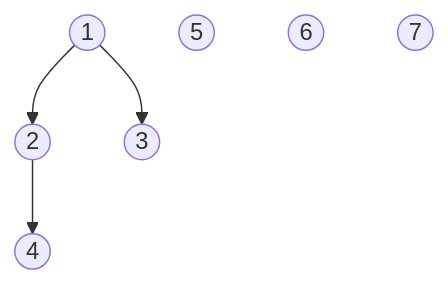
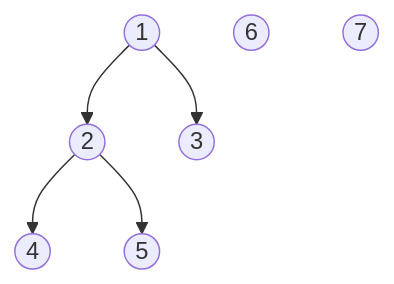
One commit to boddaert/nsi changed the diagram in terminale/Structures_arborescentes_de_données/Arbres_binaires.md. Above: the diagram before and after it, drawn with Mermaid.

````diff
--- a/terminale/Structures_arborescentes_de_données/Arbres_binaires.md
+++ b/terminale/Structures_arborescentes_de_données/Arbres_binaires.md
@@ -15,13 +15,14 @@
 ```mermaid
 flowchart TB
     A((1))
     B((2))
     C((3))
     D((4))
     E((5))
     F((6))
     G((7))
     A --> C
     A --> B
     B --> D
+    B --> E
 ```
````
